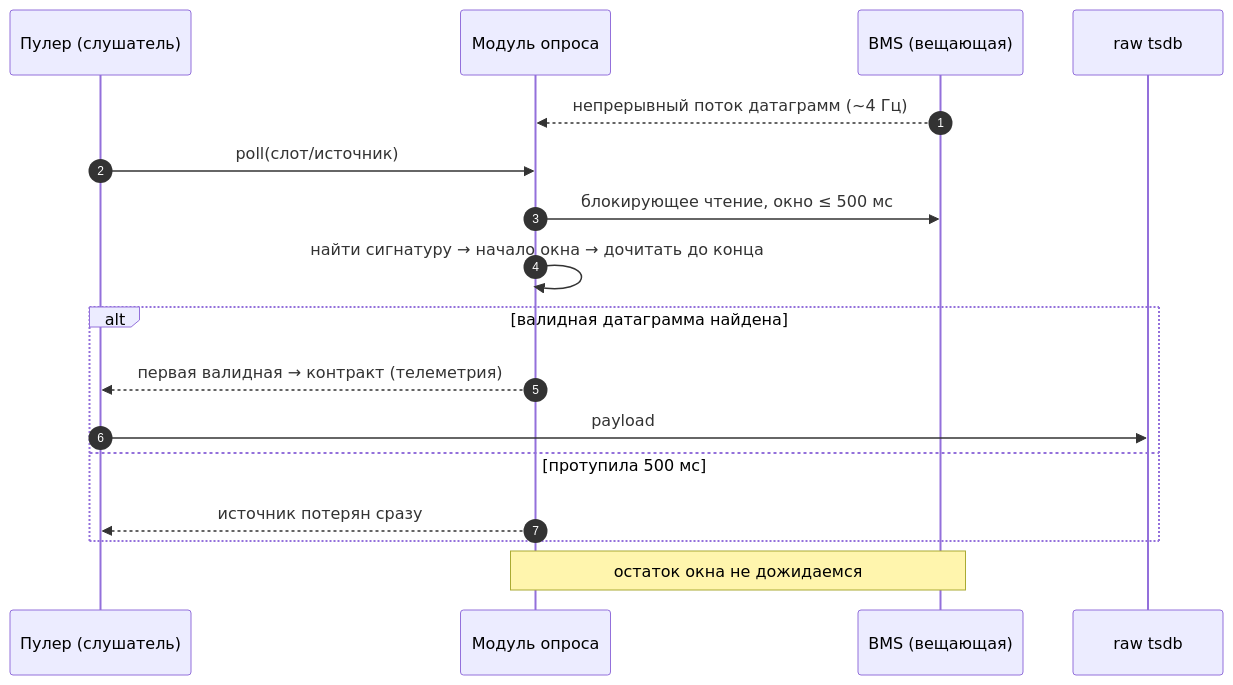
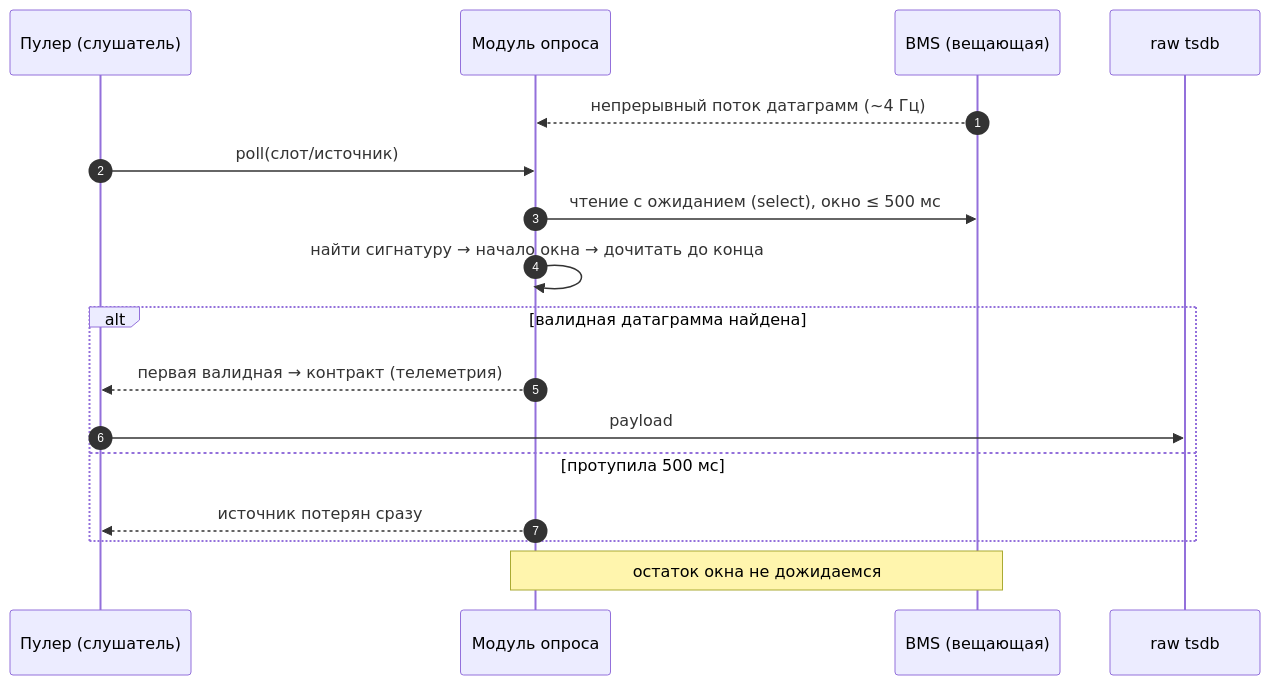
The fifth of 11 diagrams in docs/bms-reader-arch.md (galiy/malina-26), drawn with Mermaid before and after one commit. The commit also changed other lines of this file and 24 other files, not shown here.

````diff
--- a/docs/bms-reader-arch.md
+++ b/docs/bms-reader-arch.md
@@ -266,20 +272,20 @@
 ```mermaid
 sequenceDiagram
   autonumber
   participant PL as Пулер (слушатель)
   participant M as Модуль опроса
   participant B as BMS (вещающая)
   participant RAW as raw tsdb
 
   B-->>M: непрерывный поток датаграмм (~4 Гц)
   PL->>M: poll(слот/источник)
-  M->>B: блокирующее чтение, окно ≤ 500 мс
+  M->>B: чтение с ожиданием (select), окно ≤ 500 мс
   M->>M: найти сигнатуру → начало окна → дочитать до конца
   alt валидная датаграмма найдена
     M-->>PL: первая валидная → контракт (телеметрия)
     PL->>RAW: payload
   else протупила 500 мс
     M-->>PL: источник потерян сразу
   end
   Note over M,B: остаток окна не дожидаемся
 ```
````
